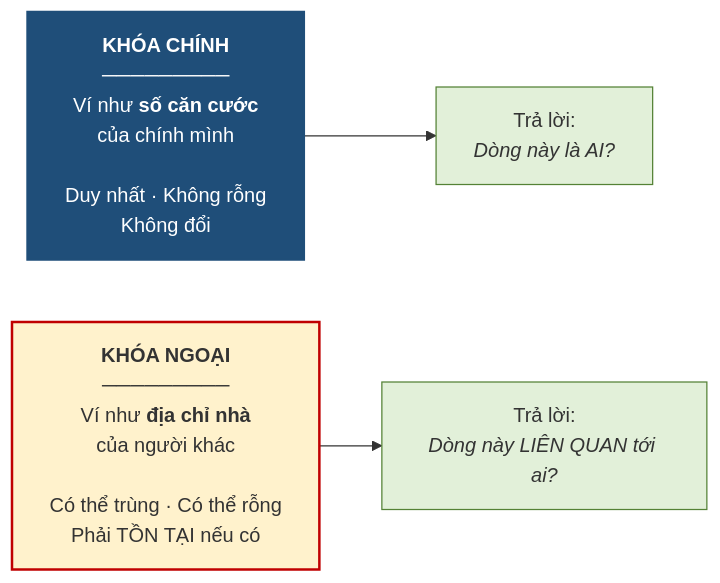
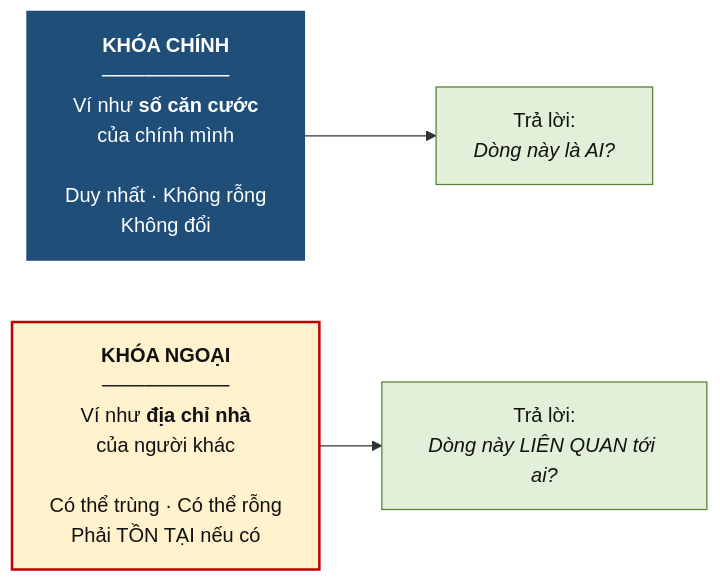
Before and after one commit to CuongNguyenDAU/csdl-dbs201: the third of 3 diagrams in docs/chuong-3/3-2-phu-thuoc-ham-va-cac-loai-khoa.md, drawn with Mermaid. The commit also changed other lines of this file and 123 other files, not shown here.

Commit message:
Cập nhật bài giảng v7: sơ đồ ER ký pháp Chen, hình minh họa tự vẽ, mở rộng toàn diện Chương 5 và bổ sung lời giải A4, B5

````diff
--- a/docs/chuong-3/3-2-phu-thuoc-ham-va-cac-loai-khoa.md
+++ b/docs/chuong-3/3-2-phu-thuoc-ham-va-cac-loai-khoa.md
@@ -147,9 +143,9 @@
 ```mermaid
 flowchart LR
     PK["<b>KHÓA CHÍNH</b><br/>─────────<br/>Ví như <b>số căn cước</b><br/>của chính mình<br/><br/>Duy nhất · Không rỗng<br/>Không đổi"] --> Q1["Trả lời:<br/><i>Dòng này là AI?</i>"]
     FK["<b>KHÓA NGOẠI</b><br/>─────────<br/>Ví như <b>địa chỉ nhà</b><br/>của người khác<br/><br/>Có thể trùng · Có thể rỗng<br/>Phải TỒN TẠI nếu có"] --> Q2["Trả lời:<br/><i>Dòng này LIÊN QUAN tới ai?</i>"]
-    style PK fill:#1F4E79,color:#fff,stroke:#1F4E79,stroke-width:2px
-    style FK fill:#FFF2CC,stroke:#C00000,stroke-width:2px
-    style Q1 fill:#E2F0D9,stroke:#548235
-    style Q2 fill:#E2F0D9,stroke:#548235
+    style PK fill:#1F4E79,color:#ffffff,stroke:#1F4E79,stroke-width:2px
+    style FK fill:#FFF2CC,stroke:#C00000,stroke-width:2px,color:#111111
+    style Q1 fill:#E2F0D9,stroke:#548235,color:#111111
+    style Q2 fill:#E2F0D9,stroke:#548235,color:#111111
 ```
````
